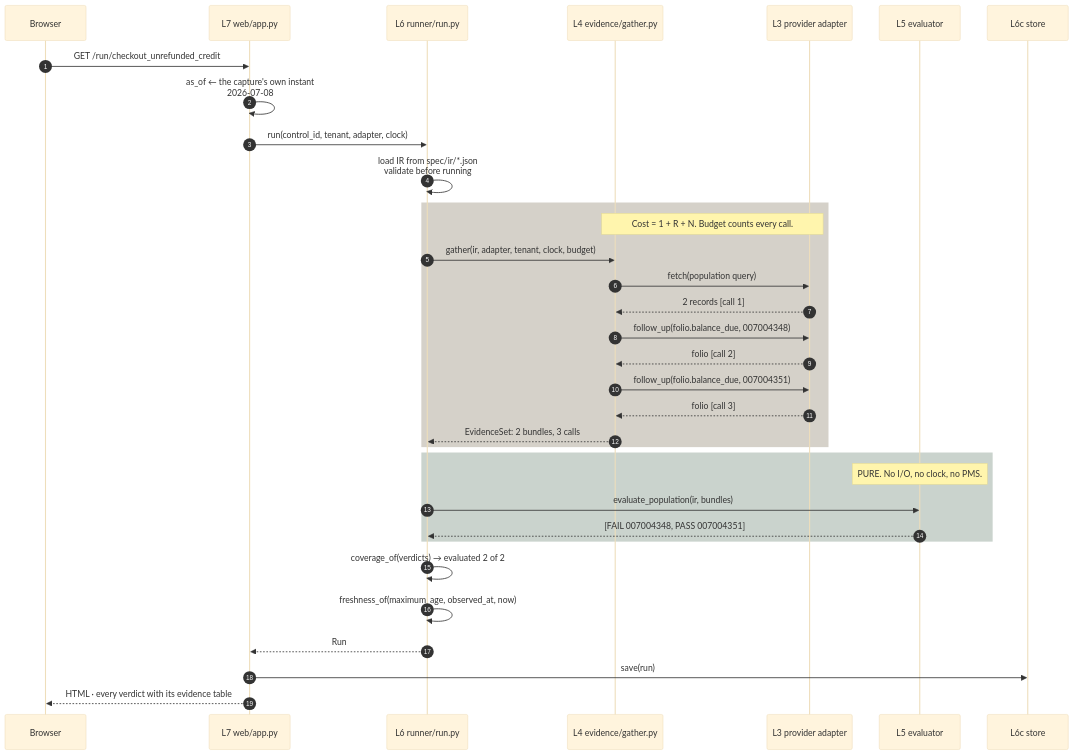
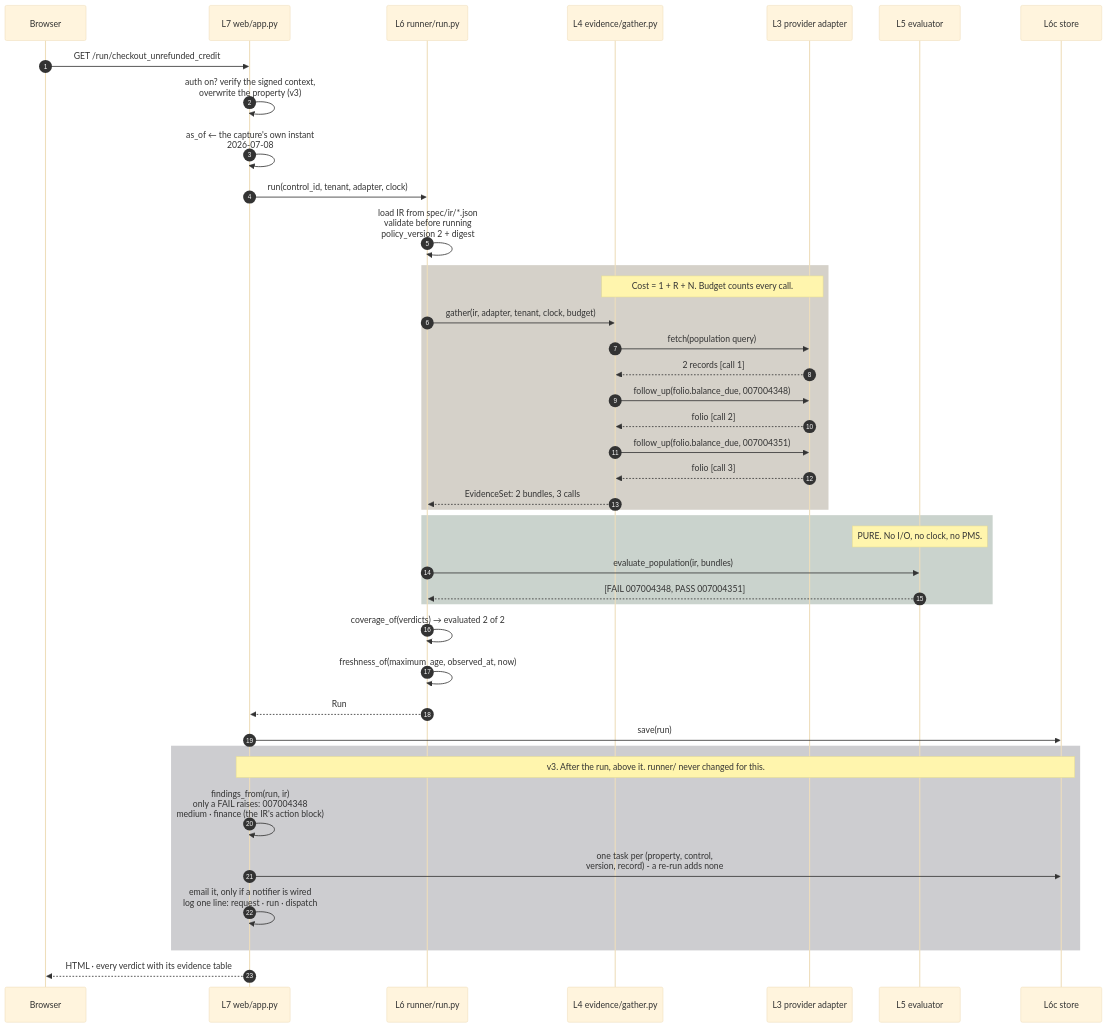
Before and after one commit to sauravs/miniHotelPMS: the second of 11 diagrams in docs/project-explainer/03-code-architecture.md, drawn with Mermaid (base theme). The commit also changed other lines of this file and 4 other files, not shown here.

````diff
--- a/docs/project-explainer/03-code-architecture.md
+++ b/docs/project-explainer/03-code-architecture.md
@@ -139,40 +145,49 @@
 ```mermaid
 sequenceDiagram
     autonumber
     participant B as Browser
     participant W as L7 web/app.py
     participant R as L6 runner/run.py
     participant E as L4 evidence/gather.py
     participant P as L3 provider adapter
     participant V as L5 evaluator
     participant S as L6c store
 
     B->>W: GET /run/checkout_unrefunded_credit
+    W->>W: auth on? verify the signed context,<br/>overwrite the property (v3)
     W->>W: as_of ← the capture's own instant<br/>2026-07-08
     W->>R: run(control_id, tenant, adapter, clock)
-    R->>R: load IR from spec/ir/*.json<br/>validate before running
+    R->>R: load IR from spec/ir/*.json<br/>validate before running<br/>policy_version 2 + digest
 
     rect rgba(90,74,42,0.25)
     note over E,P: Cost = 1 + R + N. Budget counts every call.
     R->>E: gather(ir, adapter, tenant, clock, budget)
     E->>P: fetch(population query)
     P-->>E: 2 records  [call 1]
     E->>P: follow_up(folio.balance_due, 007004348)
     P-->>E: folio  [call 2]
     E->>P: follow_up(folio.balance_due, 007004351)
     P-->>E: folio  [call 3]
     E-->>R: EvidenceSet: 2 bundles, 3 calls
     end
 
     rect rgba(45,79,58,0.25)
     note over V: PURE. No I/O, no clock, no PMS.
     R->>V: evaluate_population(ir, bundles)
     V-->>R: [FAIL 007004348, PASS 007004351]
     end
 
     R->>R: coverage_of(verdicts) → evaluated 2 of 2
     R->>R: freshness_of(maximum_age, observed_at, now)
     R-->>W: Run
     W->>S: save(run)
+
+    rect rgba(58,58,68,0.25)
+    note over W,S: v3. After the run, above it. runner/ never changed for this.
+    W->>W: findings_from(run, ir)<br/>only a FAIL raises: 007004348<br/>medium · finance (the IR's action block)
+    W->>S: one task per (property, control,<br/>version, record) - a re-run adds none
+    W->>W: email it, only if a notifier is wired<br/>log one line: request · run · dispatch
+    end
+
     W-->>B: HTML · every verdict with its evidence table
 ```
````
